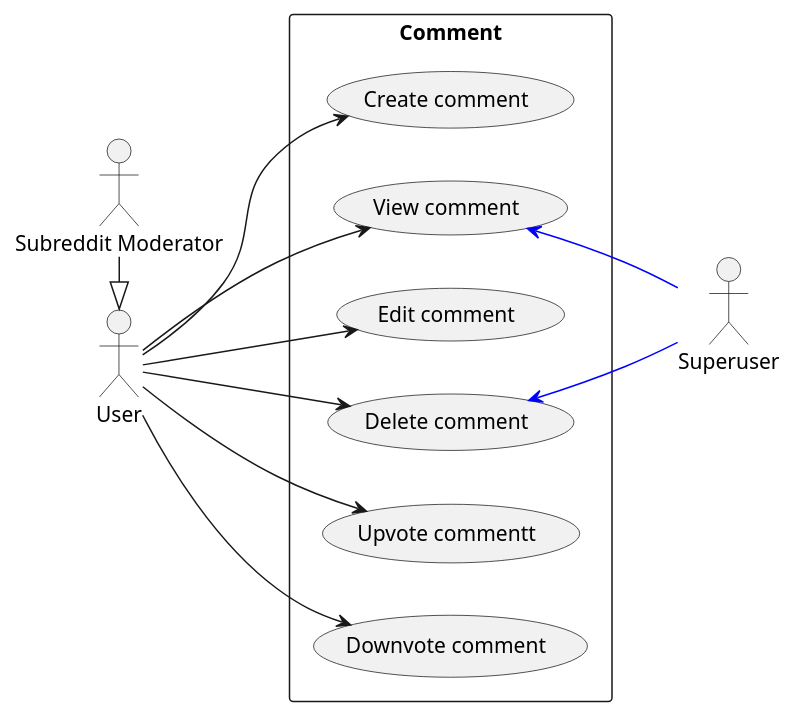
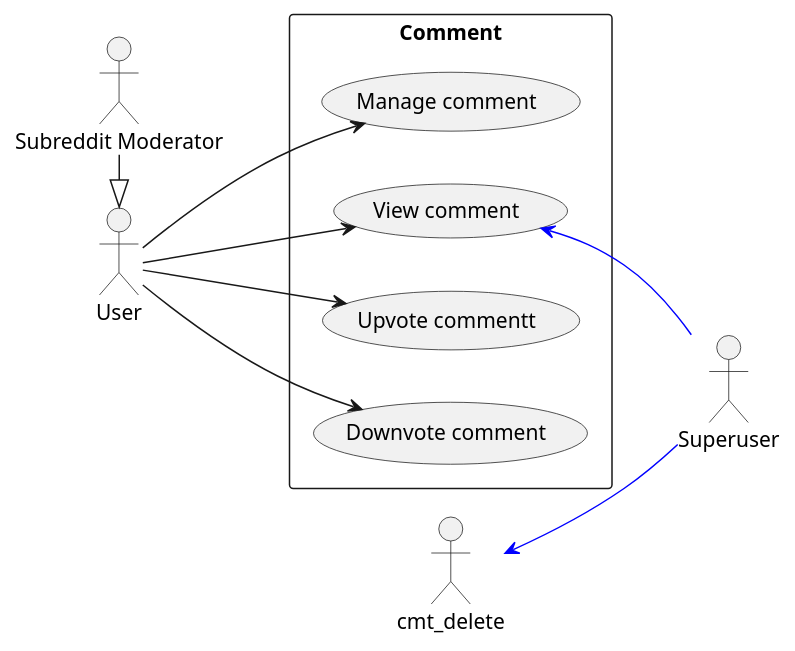
One commit to Huy-Ngo/reddit-design changed the diagram in use_case_comment.puml. Above: the diagram before and after it, drawn with PlantUML. The commit also changed 2 other files, not shown here.

Commit message:
Merge use cases into manage use case, resolve #3

```diff
--- a/use_case_comment.puml
+++ b/use_case_comment.puml
@@ -1,30 +1,26 @@
 @startuml
 skinparam packageStyle rectangle
 left to right direction
 actor "User" as user
 actor "Subreddit Moderator" as mod
 actor "Superuser" as su
 mod -|> user
 
 rectangle Comment as cmt {
-  usecase "Create comment" as cmt_create
+  usecase "Manage comment" as cmt_manage
   usecase "View comment" as cmt_read
-  usecase "Edit comment" as cmt_update
-  usecase "Delete comment" as cmt_delete
 
   usecase "Upvote commentt" as cmt_up
   usecase "Downvote comment" as cmt_down
 }
 
-user --> cmt_create
+user --> cmt_manage
 user --> cmt_read
-user --> cmt_update
-user --> cmt_delete
 
 user --> cmt_up
 user --> cmt_down
 
 cmt_read    <-[#blue]- su
 cmt_delete  <-[#blue]- su
 
 @enduml
```
